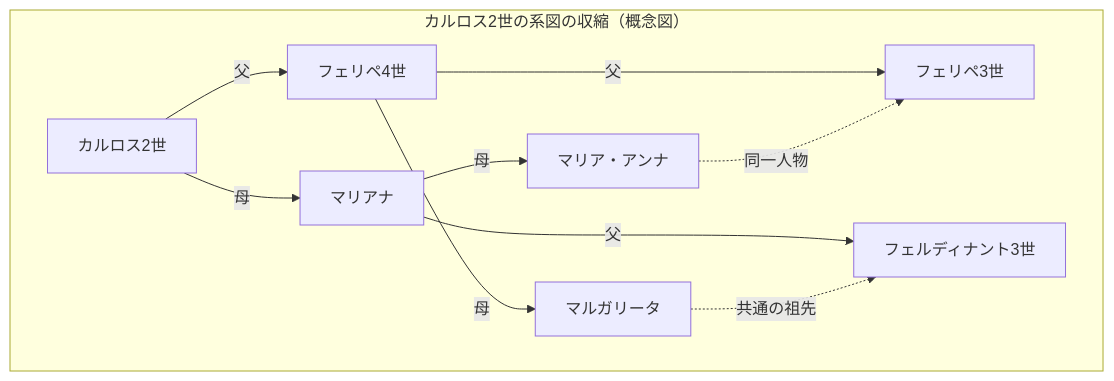
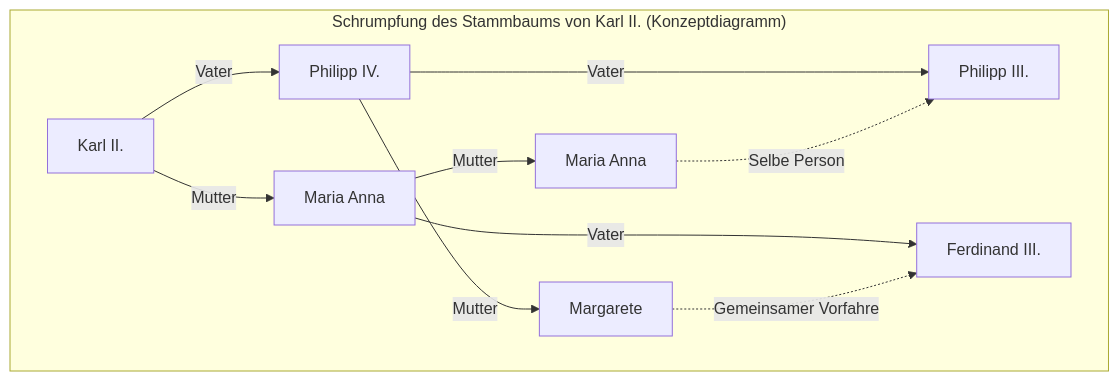
One commit to kenjinote/blog changed the third of 3 diagrams in content/post/pedigree-collapse/index.de.md. Above: the diagram before and after it, drawn with Mermaid. The commit also changed other lines of this file and 28 other files, not shown here.

Commit message:
Translate Japanese text inside Mermaid diagrams to respective languages

````diff
--- a/content/post/pedigree-collapse/index.de.md
+++ b/content/post/pedigree-collapse/index.de.md
@@ -112,14 +112,14 @@
 ```mermaid
 graph TD
-    subgraph "カルロス2世の系図の収縮（概念図）"
-        C["カルロス2世"] -->|"父"| F1["フェリペ4世"]
-        C -->|"母"| M1["マリアナ"]
-        F1 -->|"父"| F2["フェリペ3世"]
-        F1 -->|"母"| M2["マルガリータ"]
-        M1 -->|"父"| F3["フェルディナント3世"]
-        M1 -->|"母"| M3["マリア・アンナ"]
+    subgraph "Schrumpfung des Stammbaums von Karl II. (Konzeptdiagramm)"
+        C["Karl II."] -->|"Vater"| F1["Philipp IV."]
+        C -->|"Mutter"| M1["Maria Anna"]
+        F1 -->|"Vater"| F2["Philipp III."]
+        F1 -->|"Mutter"| M2["Margarete"]
+        M1 -->|"Vater"| F3["Ferdinand III."]
+        M1 -->|"Mutter"| M3["Maria Anna"]
         
-        M3 -.->|"同一人物"| F2
-        M2 -.->|"共通の祖先"| F3
+        M3 -.->|"Selbe Person"| F2
+        M2 -.->|"Gemeinsamer Vorfahre"| F3
     end
 ```
````
